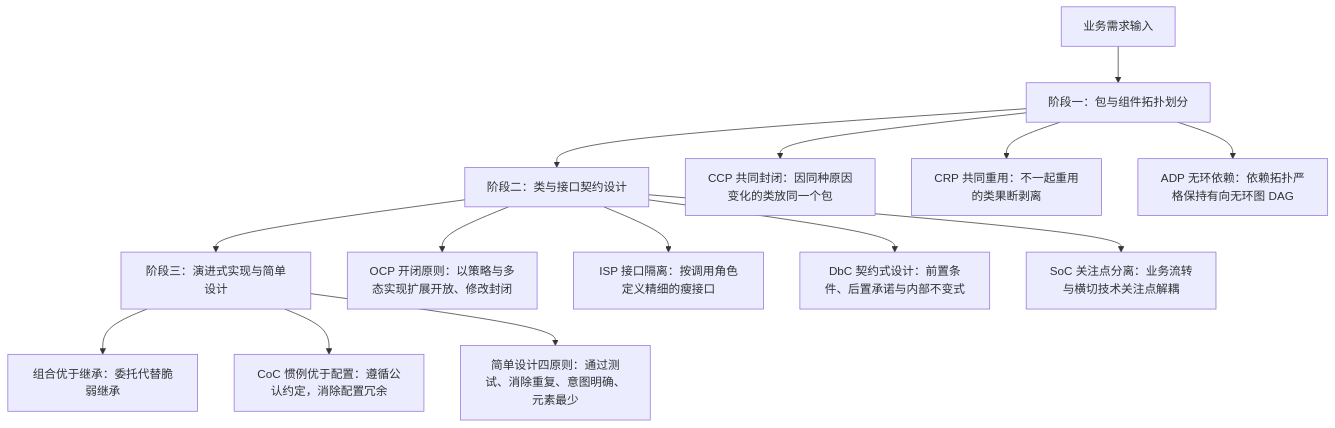
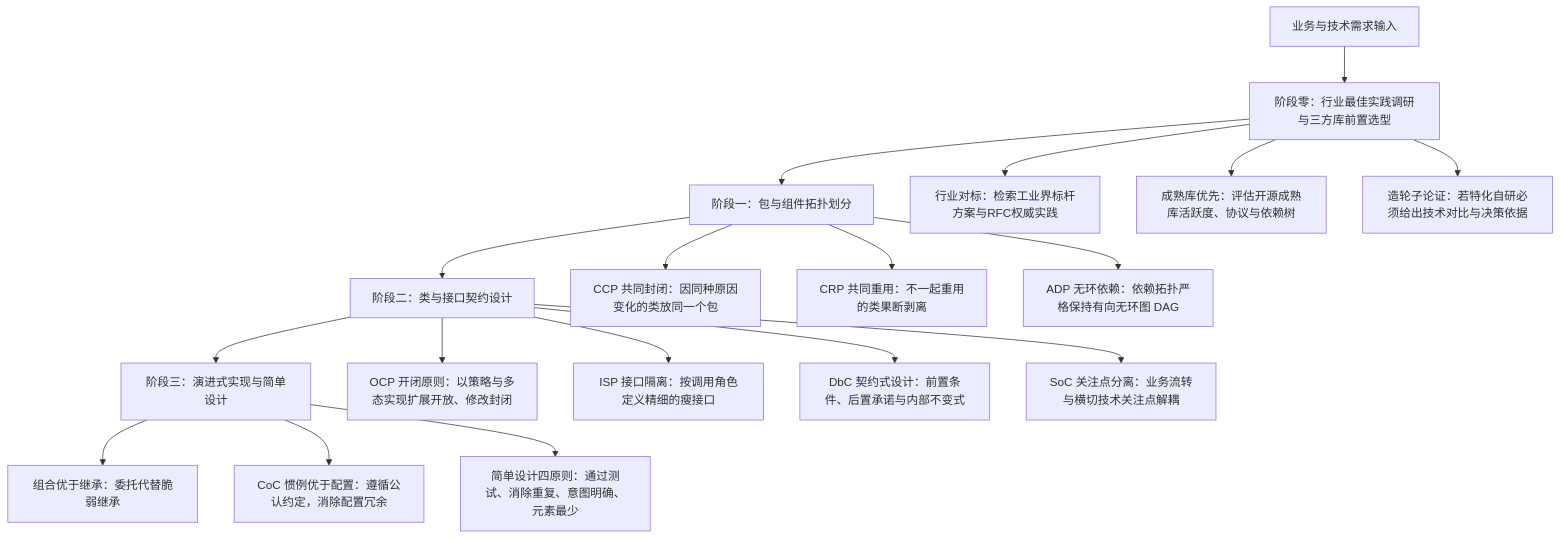
One commit to lilucpp/code-craft changed the diagram in .agents/skills/code-design/SKILL.md. Above: the diagram before and after it, drawn with Mermaid. The commit also changed other lines of this file, not shown here.

````diff
--- a/.agents/skills/code-design/SKILL.md
+++ b/.agents/skills/code-design/SKILL.md
@@ -19,19 +19,24 @@
 ```mermaid
 flowchart TD
-    A["业务需求输入"] --> B["阶段一：包与组件拓扑划分"]
+    A["业务与技术需求输入"] --> Z["阶段零：行业最佳实践调研与三方库前置选型"]
+    Z --> B["阶段一：包与组件拓扑划分"]
     B --> C["阶段二：类与接口契约设计"]
     C --> D["阶段三：演进式实现与简单设计"]
+
+    Z --> Z1["行业对标：检索工业界标杆方案与RFC权威实践"]
+    Z --> Z2["成熟库优先：评估开源成熟库活跃度、协议与依赖树"]
+    Z --> Z3["造轮子论证：若特化自研必须给出技术对比与决策依据"]
 
     B --> B1["CCP 共同封闭：因同种原因变化的类放同一个包"]
     B --> B2["CRP 共同重用：不一起重用的类果断剥离"]
     B --> B3["ADP 无环依赖：依赖拓扑严格保持有向无环图 DAG"]
 
     C --> C1["OCP 开闭原则：以策略与多态实现扩展开放、修改封闭"]
     C --> C2["ISP 接口隔离：按调用角色定义精细的瘦接口"]
     C --> C3["DbC 契约式设计：前置条件、后置承诺与内部不变式"]
     C --> C4["SoC 关注点分离：业务流转与横切技术关注点解耦"]
 
     D --> D1["组合优于继承：委托代替脆弱继承"]
     D --> D2["CoC 惯例优于配置：遵循公认约定，消除配置冗余"]
     D --> D3["简单设计四原则：通过测试、消除重复、意图明确、元素最少"]
 ```
````
